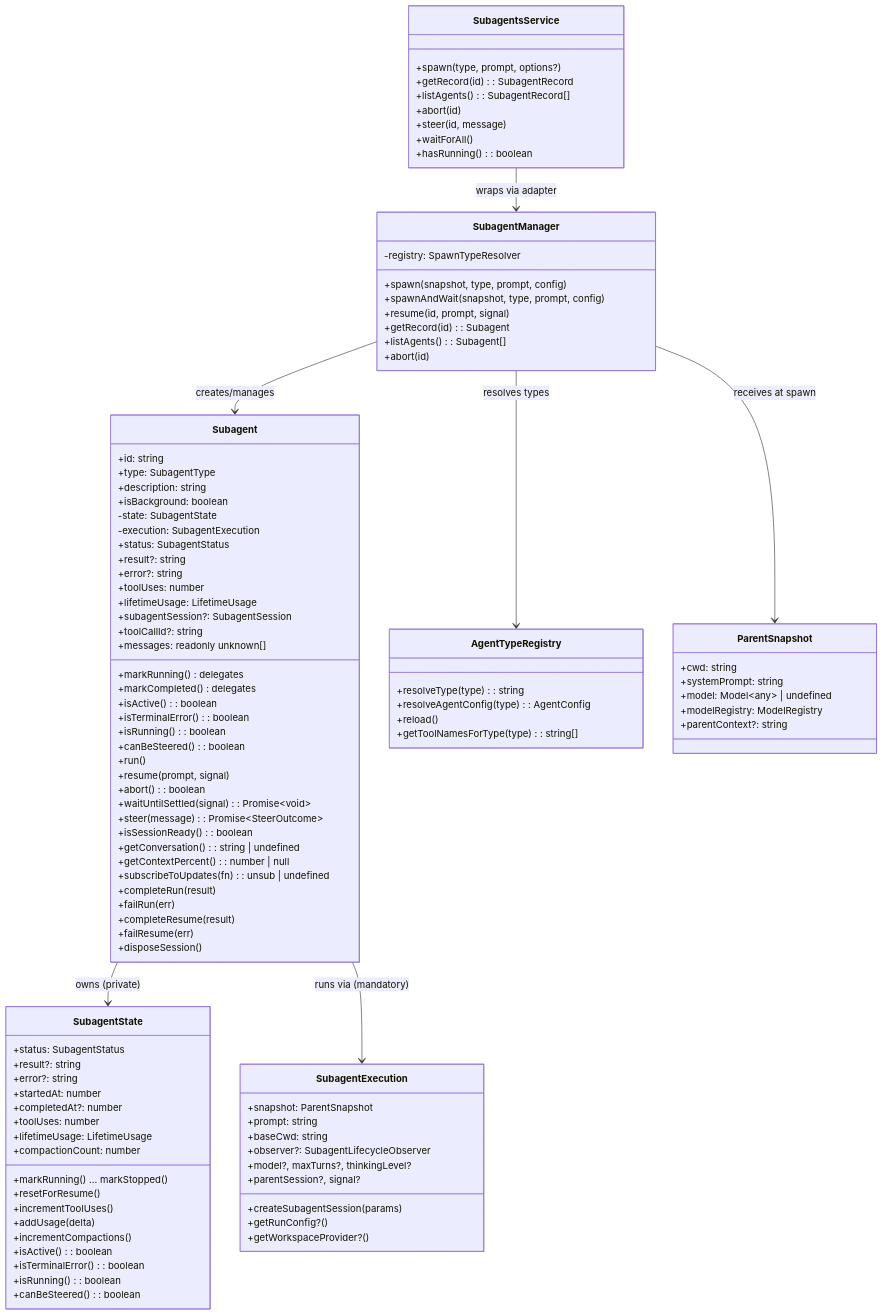
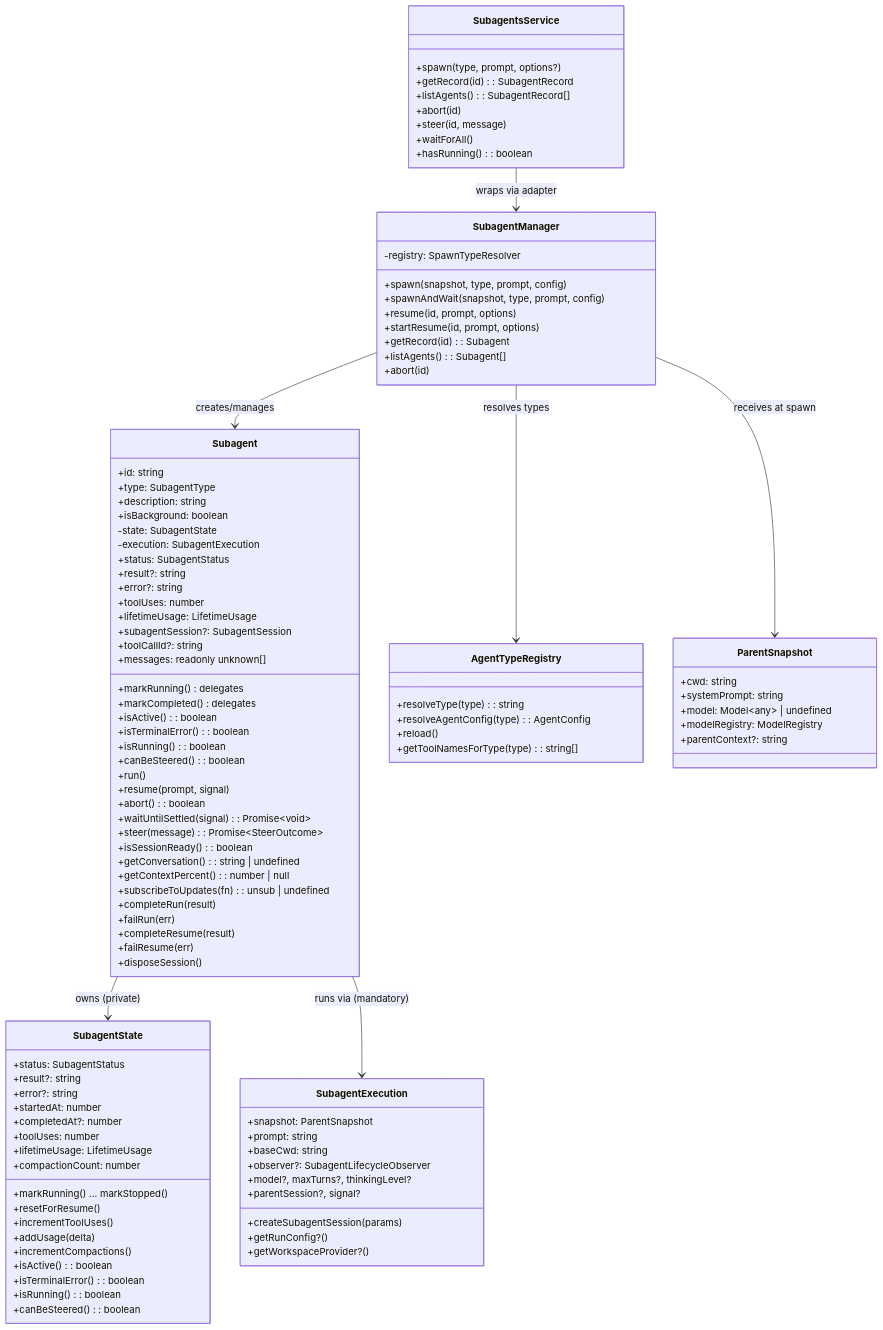
One commit to 44madfire/pi-packages changed the second of 5 diagrams in packages/pi-subagents/docs/architecture/architecture.md. Above: the diagram before and after it, drawn with Mermaid. The commit also changed other lines of this file and 1 other file, not shown here.

First line of the commit message:
docs(pi-subagents): document background resume

```diff
--- a/packages/pi-subagents/docs/architecture/architecture.md
+++ b/packages/pi-subagents/docs/architecture/architecture.md
@@ -213,7 +213,8 @@
         -registry: SpawnTypeResolver
         +spawn(snapshot, type, prompt, config)
         +spawnAndWait(snapshot, type, prompt, config)
-        +resume(id, prompt, signal)
+        +resume(id, prompt, options)
+        +startResume(id, prompt, options)
         +getRecord(id): Subagent
         +listAgents(): Subagent[]
         +abort(id)
```
